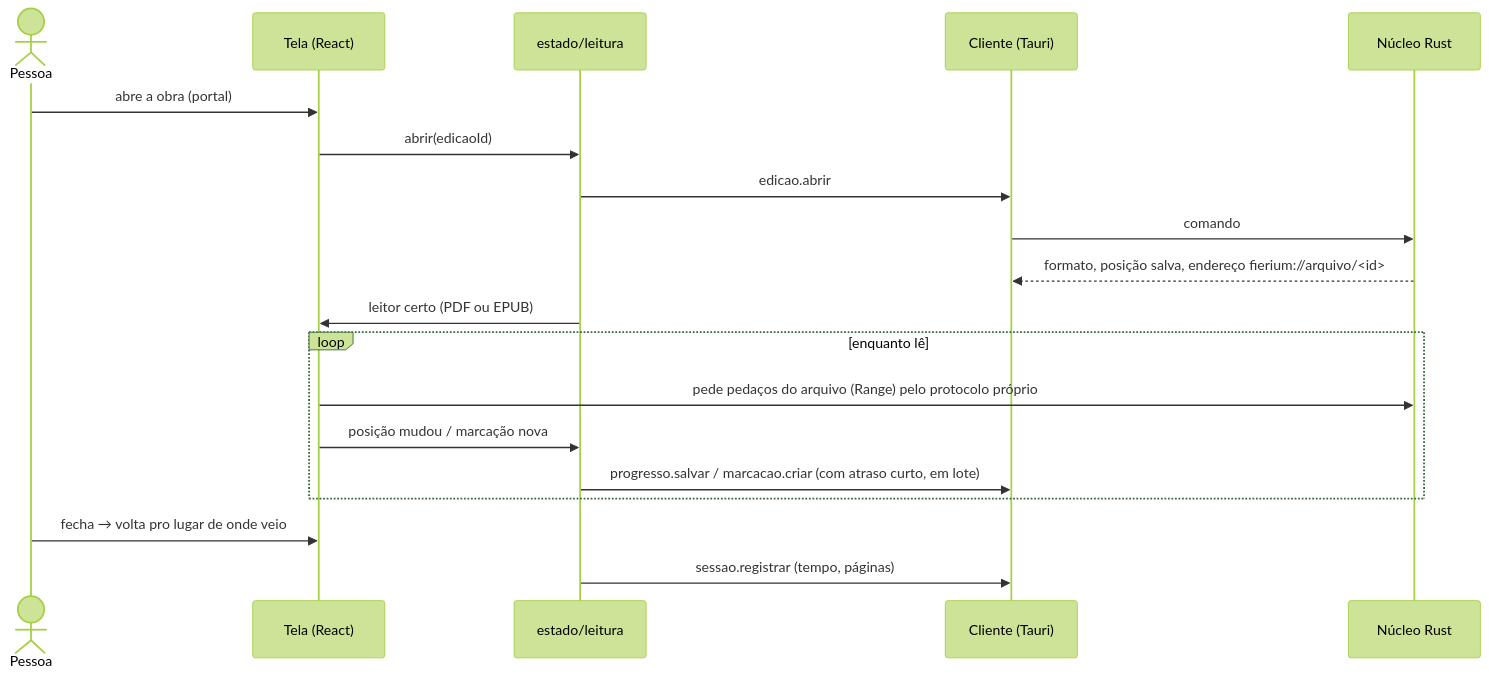
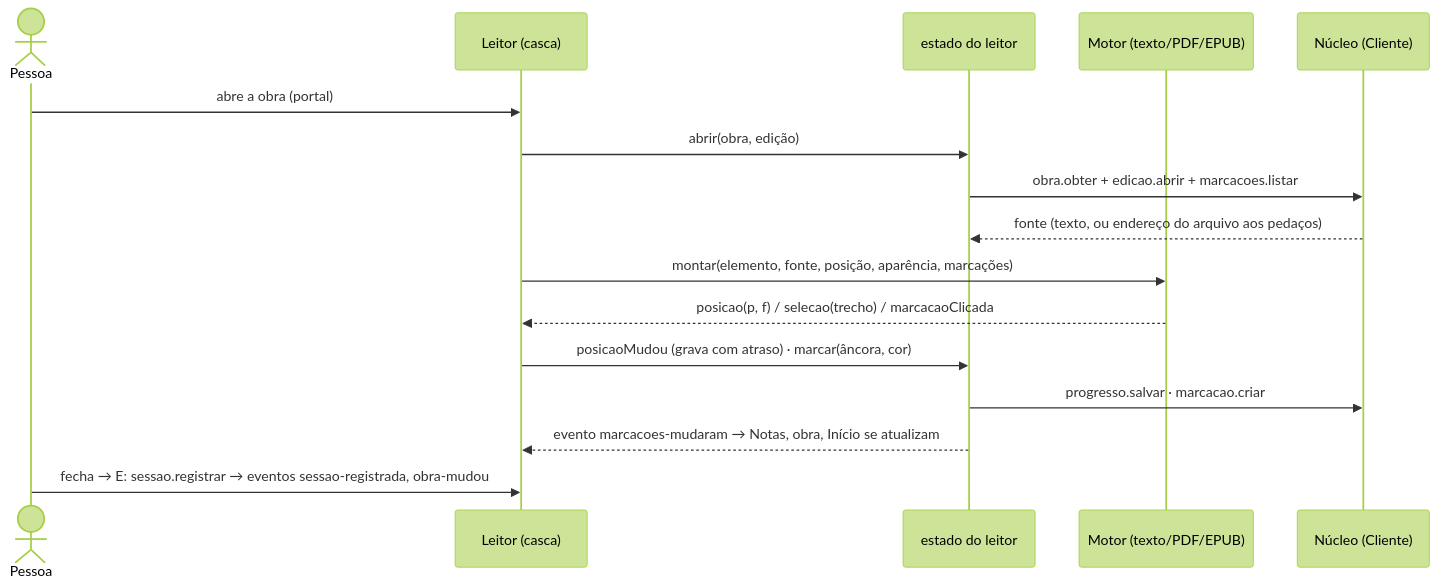
One commit to Marcelao98/Fierium changed the second of 2 diagrams in docs/ARQUITETURA.md. Above: the diagram before and after it, drawn with Mermaid (forest theme). The commit also changed other lines of this file and 114 other files, not shown here.

````diff
--- a/docs/ARQUITETURA.md
+++ b/docs/ARQUITETURA.md
@@ -85,21 +128,18 @@
 ```mermaid
 sequenceDiagram
   actor P as Pessoa
-  participant T as Tela (React)
-  participant E as estado/leitura
-  participant C as Cliente (Tauri)
-  participant R as Núcleo Rust
+  participant T as Leitor (casca)
+  participant E as estado do leitor
+  participant M as Motor (texto/PDF/EPUB)
+  participant N as Núcleo (Cliente)
   P->>T: abre a obra (portal)
-  T->>E: abrir(edicaoId)
-  E->>C: edicao.abrir
-  C->>R: comando
-  R-->>C: formato, posição salva, endereço fierium://arquivo/<id>
-  E->>T: leitor certo (PDF ou EPUB)
-  loop enquanto lê
-    T->>R: pede pedaços do arquivo (Range) pelo protocolo próprio
-    T->>E: posição mudou / marcação nova
-    E->>C: progresso.salvar / marcacao.criar (com atraso curto, em lote)
-  end
-  P->>T: fecha → volta pro lugar de onde veio
-  E->>C: sessao.registrar (tempo, páginas)
+  T->>E: abrir(obra, edição)
+  E->>N: obra.obter + edicao.abrir + marcacoes.listar
+  N-->>E: fonte (texto, ou endereço do arquivo aos pedaços)
+  T->>M: montar(elemento, fonte, posição, aparência, marcações)
+  M-->>T: posicao(p, f) / selecao(trecho) / marcacaoClicada
+  T->>E: posicaoMudou (grava com atraso) · marcar(âncora, cor)
+  E->>N: progresso.salvar · marcacao.criar
+  E-->>T: evento marcacoes-mudaram → Notas, obra, Início se atualizam
+  P->>T: fecha → E: sessao.registrar → eventos sessao-registrada, obra-mudou
 ```
````
